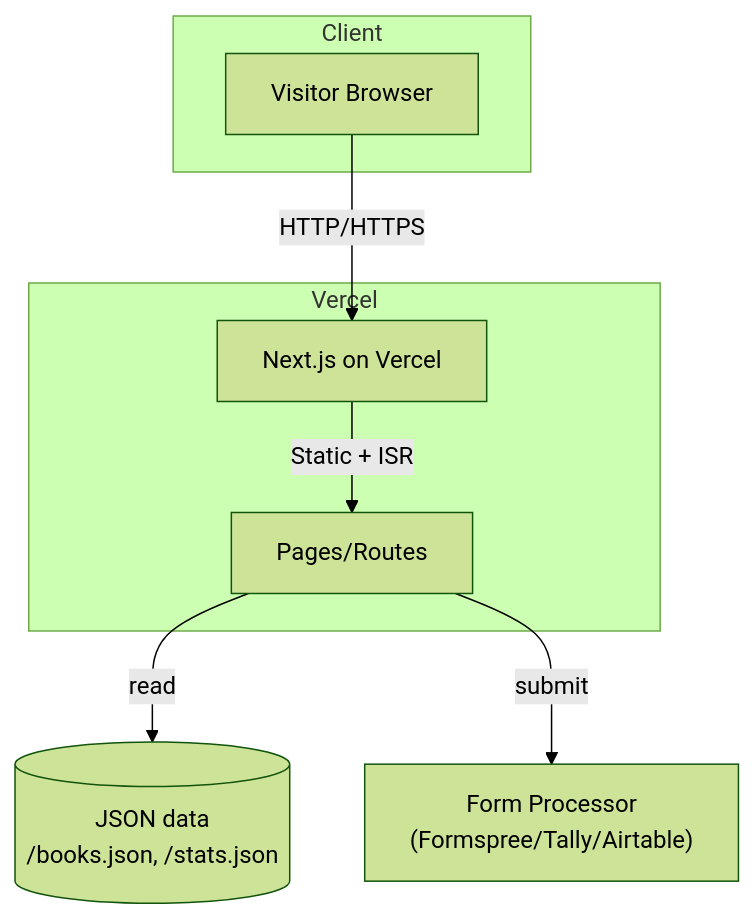
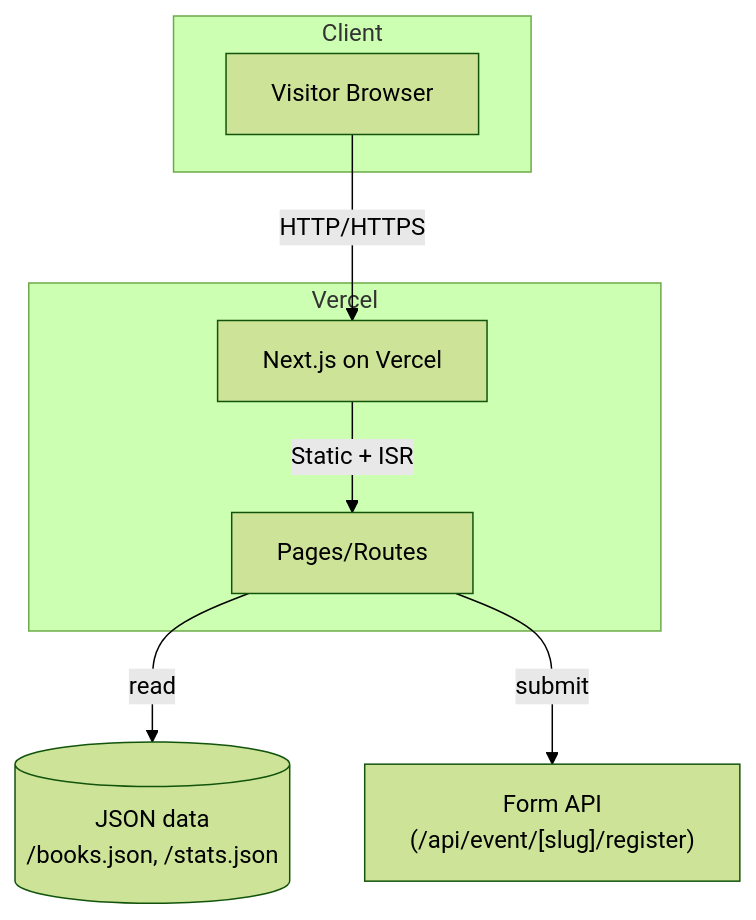
Before and after one commit to pwen0329/book-digest-web: the first of 7 diagrams in docs/design.md, drawn with Mermaid (forest theme). The commit also changed other lines of this file and 21 other files, not shown here.

````diff
--- a/docs/design.md
+++ b/docs/design.md
@@ -25,14 +25,14 @@
 ```mermaid
 flowchart TD
   U[Visitor Browser] -->|HTTP/HTTPS| NX[Next.js on Vercel]
   NX -->|Static + ISR| PG[Pages/Routes]
   PG -->|read| JD[(JSON data\n/books.json, /stats.json)]
-  PG -->|submit| FP["Form Processor\n(Formspree/Tally/Airtable)"]
+  PG -->|submit| FP["Form API\n(/api/event/[slug]/register)"]
   subgraph Client
     U
   end
   subgraph Vercel
     NX
     PG
   end
 ```
````
